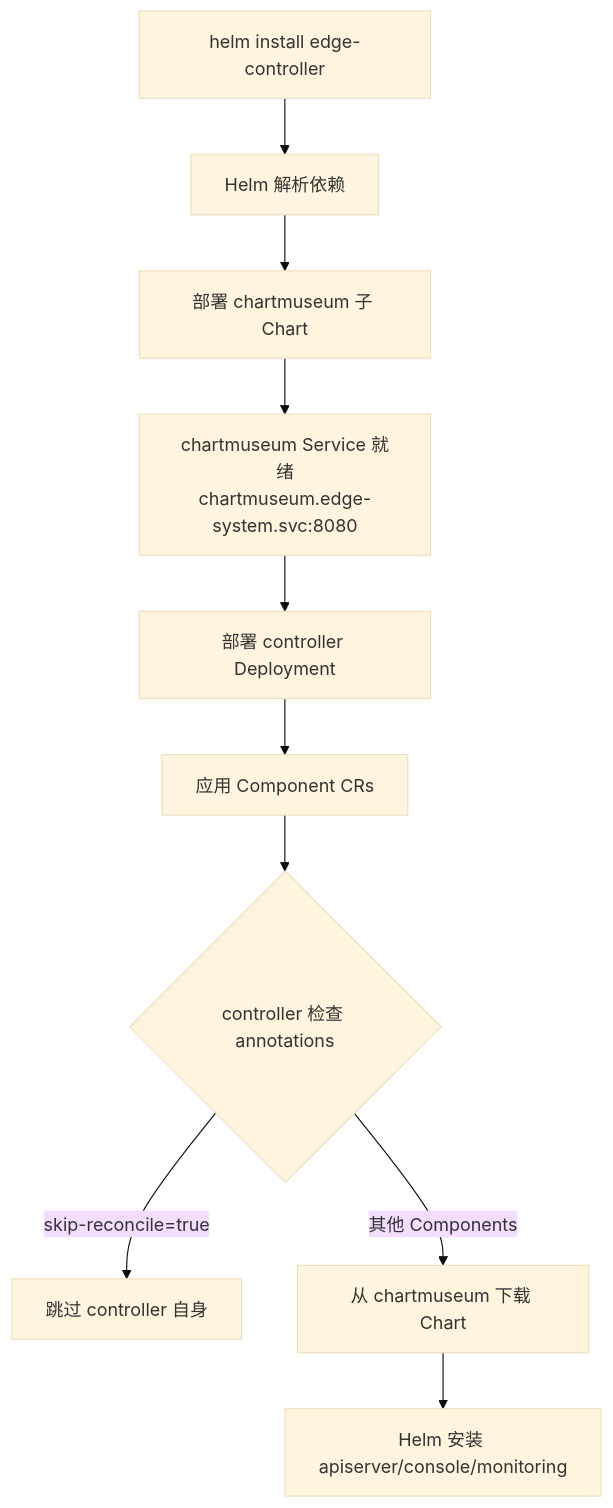
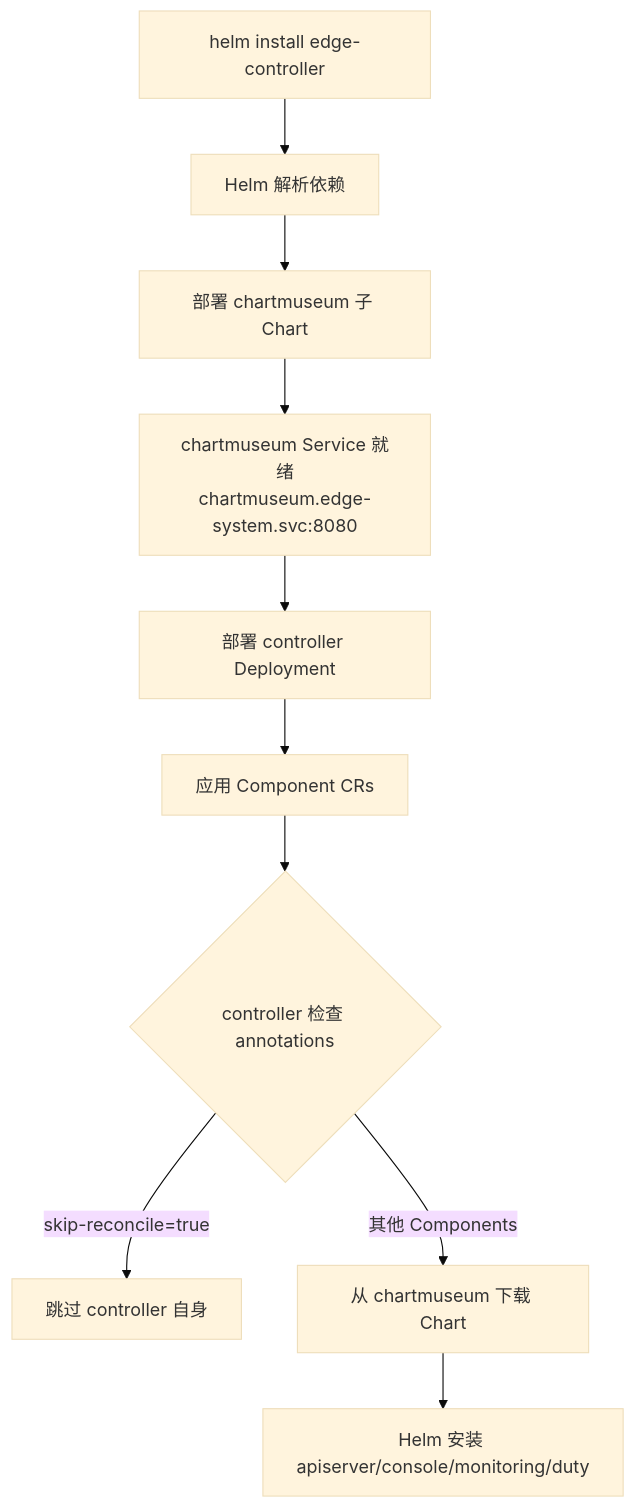
Before and after one commit to theriseunion/edge-installer: the diagram in README.md, drawn with Mermaid (base theme). The commit also changed other lines of this file and 27 other files, not shown here.

````diff
--- a/README.md
+++ b/README.md
@@ -36,12 +36,12 @@
 ```mermaid
 graph TD
     A[helm install edge-controller] --> B[Helm 解析依赖]
     B --> C[部署 chartmuseum 子 Chart]
     C --> D[chartmuseum Service 就绪<br/>chartmuseum.edge-system.svc:8080]
     D --> E[部署 controller Deployment]
     E --> F[应用 Component CRs]
     F --> G{controller 检查 annotations}
     G -->|skip-reconcile=true| H[跳过 controller 自身]
     G -->|其他 Components| I[从 chartmuseum 下载 Chart]
-    I --> J[Helm 安装 apiserver/console/monitoring]
+    I --> J[Helm 安装 apiserver/console/monitoring/duty]
 ```
````
